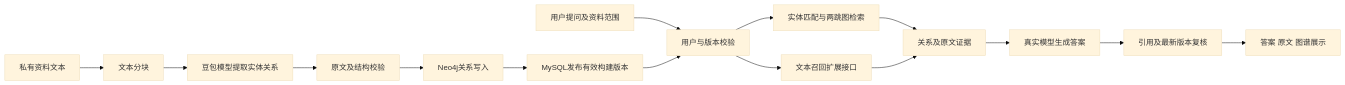
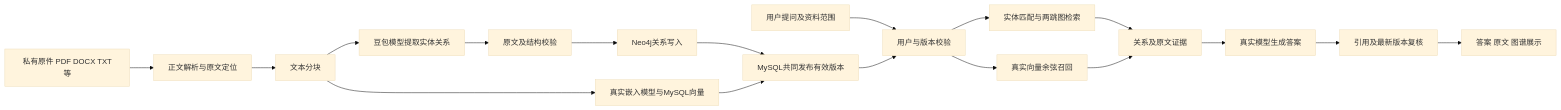
One commit to panpan-adl/Mouse-Production-MES-System changed the diagram in 05-docs/课程实训/任务三设计与实现说明.md. Above: the diagram before and after it, drawn with Mermaid (base theme). The commit also changed other lines of this file and 27 other files, not shown here.

Commit message:
feat: polish GraphRAG evidence visualization progress recovery and course acceptance

````diff
--- a/05-docs/课程实训/任务三设计与实现说明.md
+++ b/05-docs/课程实训/任务三设计与实现说明.md
@@ -18,17 +18,20 @@
 ```mermaid
 flowchart LR
-    A[私有资料文本] --> B[文本分块]
+    A[私有原件 PDF DOCX TXT等] --> P[正文解析与原文定位]
+    P --> B[文本分块]
+    B --> V[真实嵌入模型与MySQL向量]
     B --> C[豆包模型提取实体关系]
     C --> D[原文及结构校验]
     D --> E[Neo4j关系写入]
-    E --> F[MySQL发布有效构建版本]
+    E --> F[MySQL共同发布有效版本]
+    V --> F
     Q[用户提问及资料范围] --> G[用户与版本校验]
     F --> G
     G --> H[实体匹配与两跳图检索]
-    G --> I[文本召回扩展接口]
+    G --> I[真实向量余弦召回]
     H --> J[关系及原文证据]
     I --> J
     J --> K[真实模型生成答案]
     K --> L[引用及最新版本复核]
     L --> M[答案 原文 图谱展示]
 ```
````
